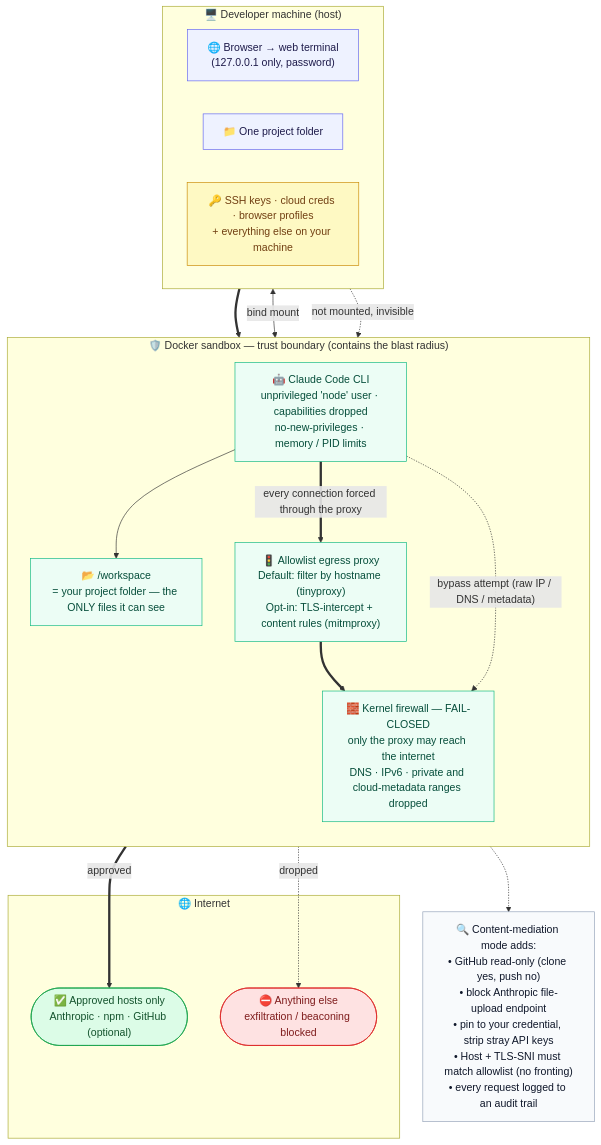
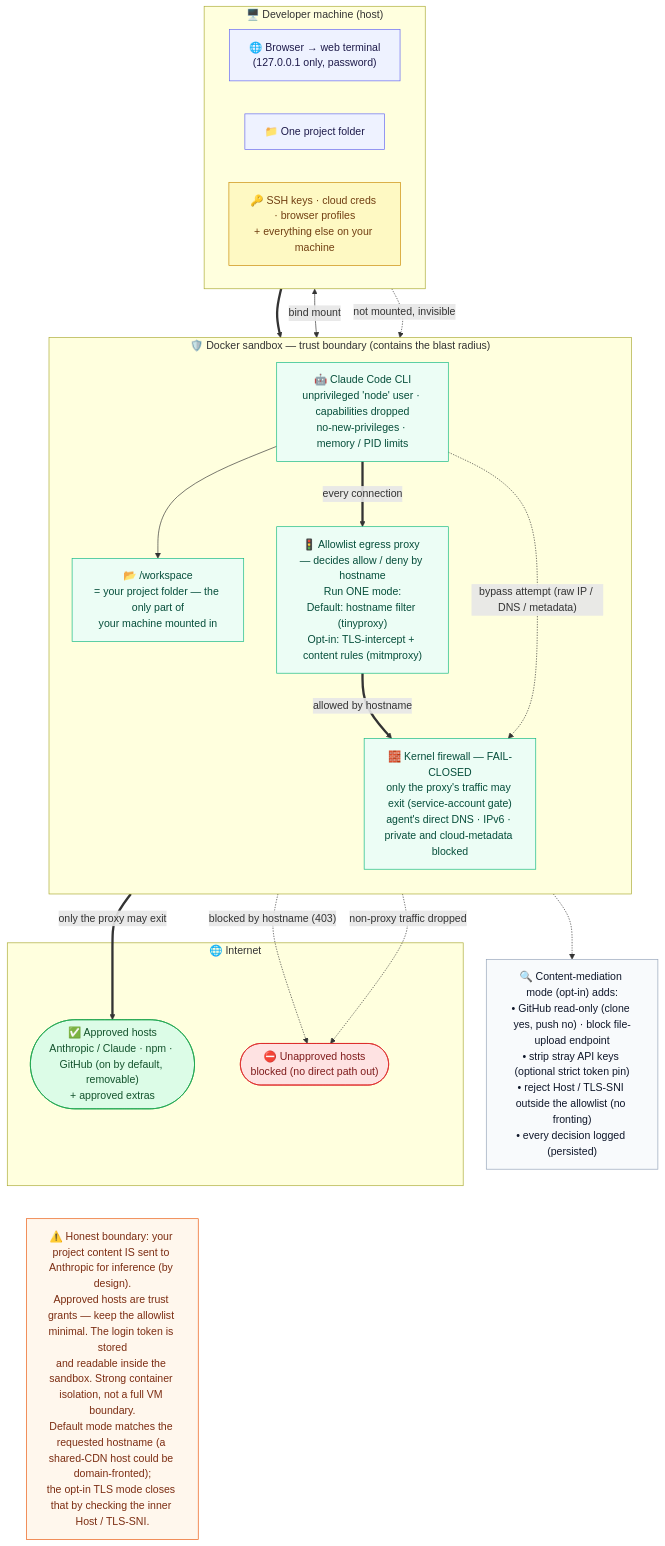
The diagram in docs/architecture/security-architecture.mmd (maximalfocus/coding-agent-sandbox), drawn with Mermaid before and after one commit. The commit also changed 3 other files, not shown here.

First line of the commit message:
docs: peer-reviewed accuracy pass on the architecture diagram

```diff
--- a/docs/architecture/security-architecture.mmd
+++ b/docs/architecture/security-architecture.mmd
@@ -1,47 +1,53 @@
 flowchart TB
   subgraph HOST["🖥️ Developer machine (host)"]
     direction LR
     BROWSER["🌐 Browser → web terminal<br/>(127.0.0.1 only, password)"]
     PROJ["📁 One project folder"]
     SECRETS["🔑 SSH keys · cloud creds · browser profiles<br/>+ everything else on your machine"]
   end
 
   subgraph BOX["🛡️ Docker sandbox — trust boundary (contains the blast radius)"]
     direction TB
     AGENT["🤖 Claude Code CLI<br/>unprivileged 'node' user · capabilities dropped<br/>no-new-privileges · memory / PID limits"]
-    WS["📂 /workspace<br/>= your project folder — the ONLY files it can see"]
-    PROXY["🚦 Allowlist egress proxy<br/>Default: filter by hostname (tinyproxy)<br/>Opt-in: TLS-intercept + content rules (mitmproxy)"]
-    FW["🧱 Kernel firewall — FAIL-CLOSED<br/>only the proxy may reach the internet<br/>DNS · IPv6 · private and cloud-metadata ranges dropped"]
+    WS["📂 /workspace<br/>= your project folder — the only part of<br/>your machine mounted in"]
+    PROXY["🚦 Allowlist egress proxy — decides allow / deny by hostname<br/>Run ONE mode:<br/>Default: hostname filter (tinyproxy)<br/>Opt-in: TLS-intercept + content rules (mitmproxy)"]
+    FW["🧱 Kernel firewall — FAIL-CLOSED<br/>only the proxy's traffic may exit (service-account gate)<br/>agent's direct DNS · IPv6 · private and cloud-metadata blocked"]
   end
 
   subgraph NET["🌐 Internet"]
-    ALLOW(["✅ Approved hosts only<br/>Anthropic · npm · GitHub (optional)"])
-    BLOCK(["⛔ Anything else<br/>exfiltration / beaconing blocked"])
+    ALLOW(["✅ Approved hosts<br/>Anthropic / Claude · npm · GitHub (on by default, removable)<br/>+ approved extras"])
+    BLOCK(["⛔ Unapproved hosts<br/>blocked (no direct path out)"])
   end
 
   BROWSER ==> AGENT
   PROJ <-->|bind mount| WS
   SECRETS -. "not mounted, invisible" .-> BOX
   AGENT --> WS
-  AGENT ==>|every connection forced through the proxy| PROXY
-  PROXY ==> FW
-  FW ==>|approved| ALLOW
-  FW -. dropped .-> BLOCK
+  AGENT ==>|every connection| PROXY
+  PROXY ==>|allowed by hostname| FW
+  PROXY -. "blocked by hostname (403)" .-> BLOCK
+  FW ==>|only the proxy may exit| ALLOW
+  FW -. "non-proxy traffic dropped" .-> BLOCK
   AGENT -. "bypass attempt (raw IP / DNS / metadata)" .-> FW
 
-  RULES["🔍 Content-mediation mode adds:<br/>• GitHub read-only (clone yes, push no)<br/>• block Anthropic file-upload endpoint<br/>• pin to your credential, strip stray API keys<br/>• Host + TLS-SNI must match allowlist (no fronting)<br/>• every request logged to an audit trail"]
+  RULES["🔍 Content-mediation mode (opt-in) adds:<br/>• GitHub read-only (clone yes, push no) · block file-upload endpoint<br/>• strip stray API keys (optional strict token pin)<br/>• reject Host / TLS-SNI outside the allowlist (no fronting)<br/>• every decision logged (persisted)"]
   PROXY -.-> RULES
+
+  NOTE["⚠️ Honest boundary: your project content IS sent to Anthropic for inference (by design).<br/>Approved hosts are trust grants — keep the allowlist minimal. The login token is stored<br/>and readable inside the sandbox. Strong container isolation, not a full VM boundary.<br/>Default mode matches the requested hostname (a shared-CDN host could be domain-fronted);<br/>the opt-in TLS mode closes that by checking the inner Host / TLS-SNI."]
+  ALLOW ~~~ NOTE
 
   classDef host fill:#eef2ff,stroke:#6366f1,color:#1e1b4b;
   classDef secret fill:#fef9c3,stroke:#ca8a04,color:#713f12;
   classDef boxn fill:#ecfdf5,stroke:#10b981,color:#064e3b;
   classDef allow fill:#dcfce7,stroke:#16a34a,color:#14532d;
   classDef block fill:#fee2e2,stroke:#dc2626,color:#7f1d1d;
   classDef notes fill:#f8fafc,stroke:#94a3b8,color:#0f172a;
+  classDef warn fill:#fff7ed,stroke:#ea580c,color:#7c2d12;
 
   class BROWSER,PROJ host;
   class SECRETS secret;
   class AGENT,WS,PROXY,FW boxn;
   class ALLOW allow;
   class BLOCK block;
   class RULES notes;
+  class NOTE warn;
```
